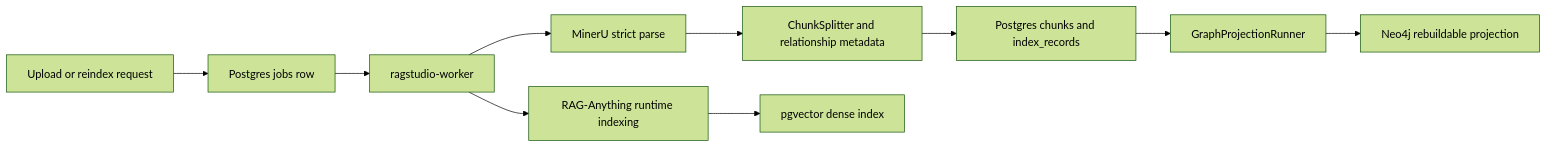
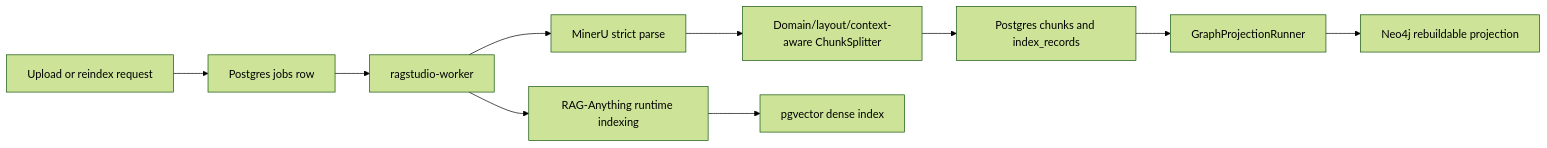
The diagram in docs/architecture/durable-rag-indexing.md (jihadajUAEU/Ragstudio), drawn with Mermaid (forest theme) before and after one commit. The commit also changed other lines of this file and 14 other files, not shown here.

Commit message:
docs: align guides with three-pillar architecture

````diff
--- a/docs/architecture/durable-rag-indexing.md
+++ b/docs/architecture/durable-rag-indexing.md
@@ -11,12 +11,12 @@
 ```mermaid
 flowchart LR
   Upload["Upload or reindex request"] --> Job["Postgres jobs row"]
   Job --> Worker["ragstudio-worker"]
   Worker --> MinerU["MinerU strict parse"]
-  MinerU --> Chunker["ChunkSplitter and relationship metadata"]
+  MinerU --> Chunker["Domain/layout/context-aware ChunkSplitter"]
   Chunker --> Postgres["Postgres chunks and index_records"]
   Worker --> Runtime["RAG-Anything runtime indexing"]
   Runtime --> Pgvector["pgvector dense index"]
   Postgres --> Projection["GraphProjectionRunner"]
   Projection --> Neo4j["Neo4j rebuildable projection"]
 ```
````
